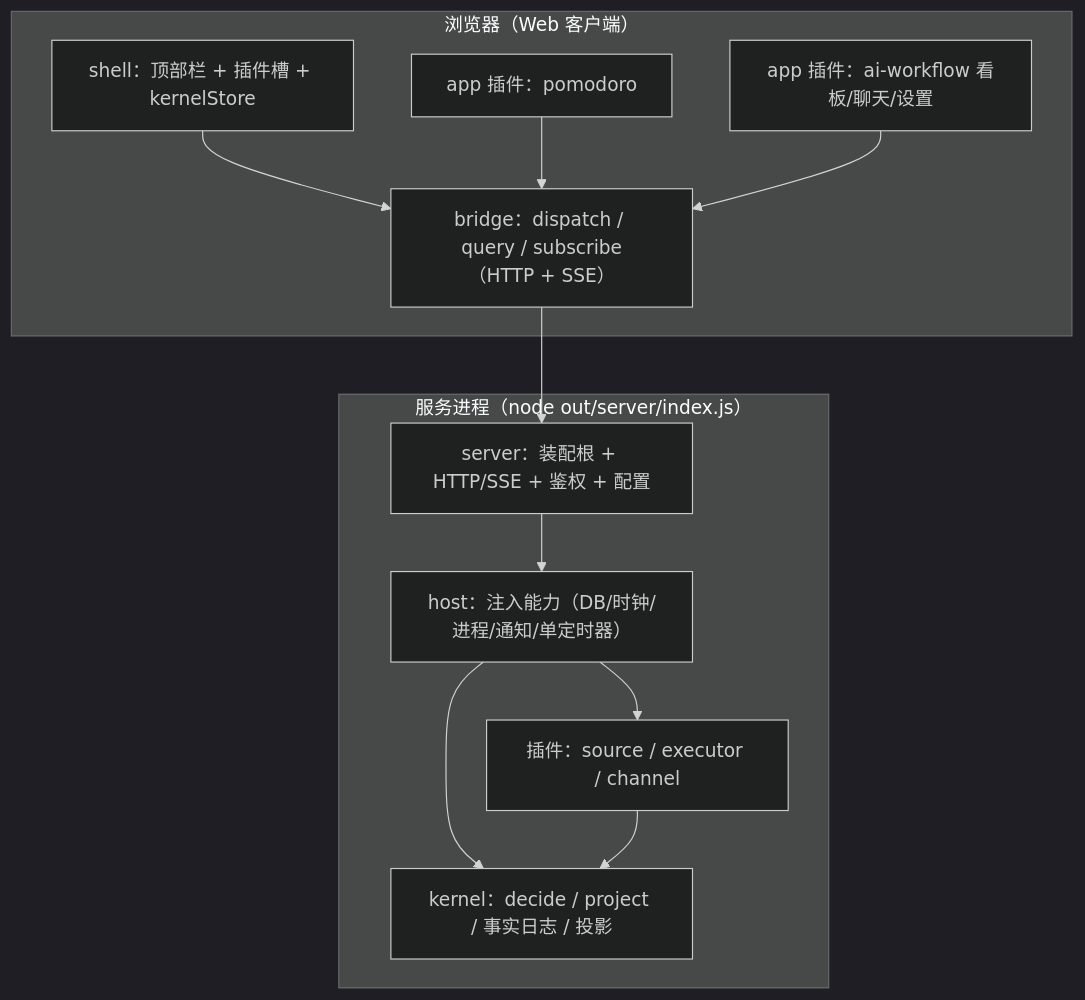
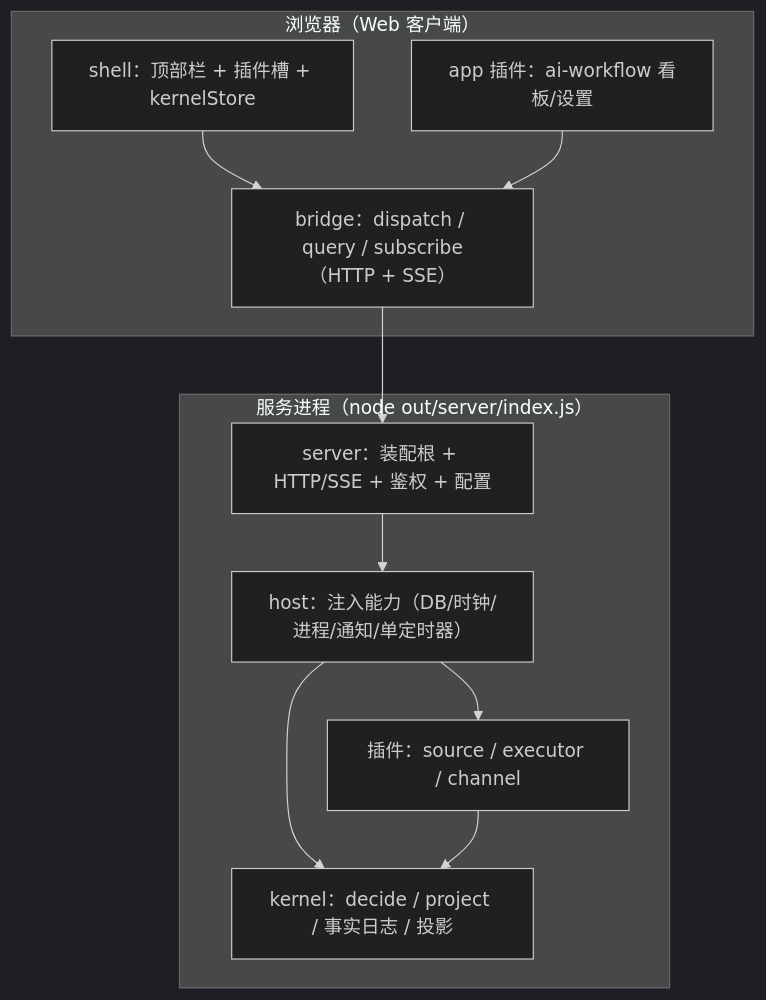
The first of 2 diagrams in docs/ARCHITECTURE.md (yuezm/workbench), drawn with Mermaid (dark theme) before and after one commit. The commit also changed other lines of this file and 103 other files, not shown here.

````diff
--- a/docs/ARCHITECTURE.md
+++ b/docs/ARCHITECTURE.md
@@ -24,24 +24,22 @@
 ```mermaid
 flowchart TB
   subgraph 浏览器["浏览器（Web 客户端）"]
     shell["shell：顶部栏 + 插件槽 + kernelStore"]
-    appA["app 插件：pomodoro"]
-    appB["app 插件：ai-workflow 看板/聊天/设置"]
+    appA["app 插件：ai-workflow 看板/设置"]
     bridge["bridge：dispatch / query / subscribe（HTTP + SSE）"]
   end
   subgraph 服务进程["服务进程（node out/server/index.js）"]
     server["server：装配根 + HTTP/SSE + 鉴权 + 配置"]
     host["host：注入能力（DB/时钟/进程/通知/单定时器）"]
     kernel["kernel：decide / project / 事实日志 / 投影"]
     plugins["插件：source / executor / channel"]
   end
 
   shell --> bridge
   appA --> bridge
-  appB --> bridge
   bridge --> server
   server --> host
   host --> kernel
   plugins --> kernel
   host --> plugins
 ```
````
